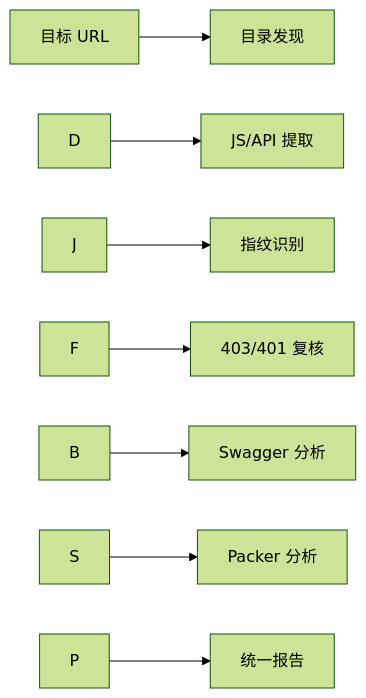
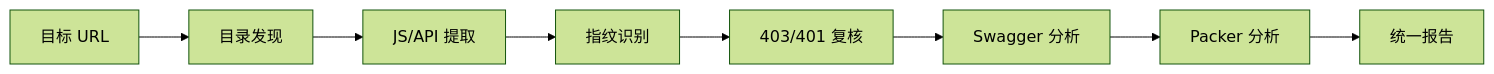
One commit to sangnigege/SurfaceScope changed the diagram in README.md. Above: the diagram before and after it, drawn with Mermaid (forest theme). The commit also changed other lines of this file and 1 other file, not shown here.

````diff
--- a/README.md
+++ b/README.md
@@ -44,10 +45,10 @@
 ```mermaid
 flowchart LR
-    T\[目标 URL] --> D\[目录发现]
-    D --> J\[JS/API 提取]
-    J --> F\[指纹识别]
-    F --> B\[403/401 复核]
-    B --> S\[Swagger 分析]
-    S --> P\[Packer 分析]
-    P --> R\[统一报告]
+    T[目标 URL] --> D[目录发现]
+    D --> J[JS/API 提取]
+    J --> F[指纹识别]
+    F --> B[403/401 复核]
+    B --> S[Swagger 分析]
+    S --> P[Packer 分析]
+    P --> R[统一报告]
 ```
````
